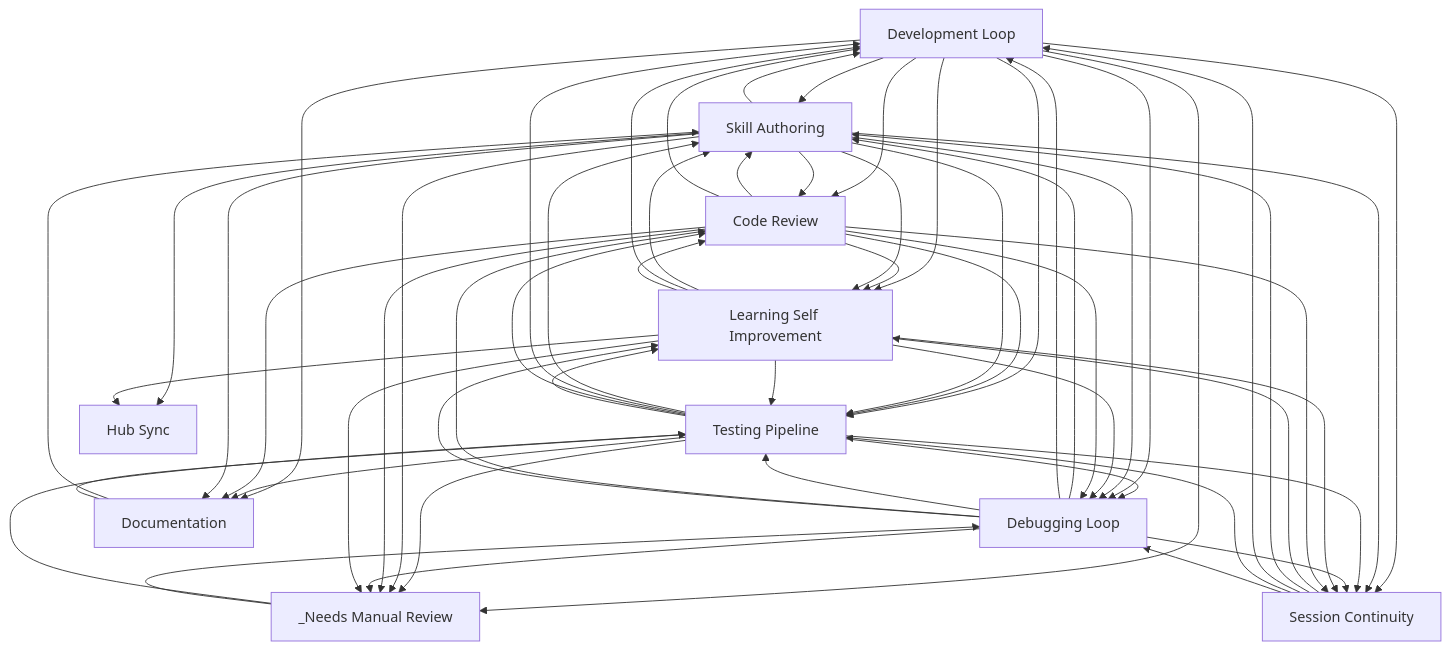
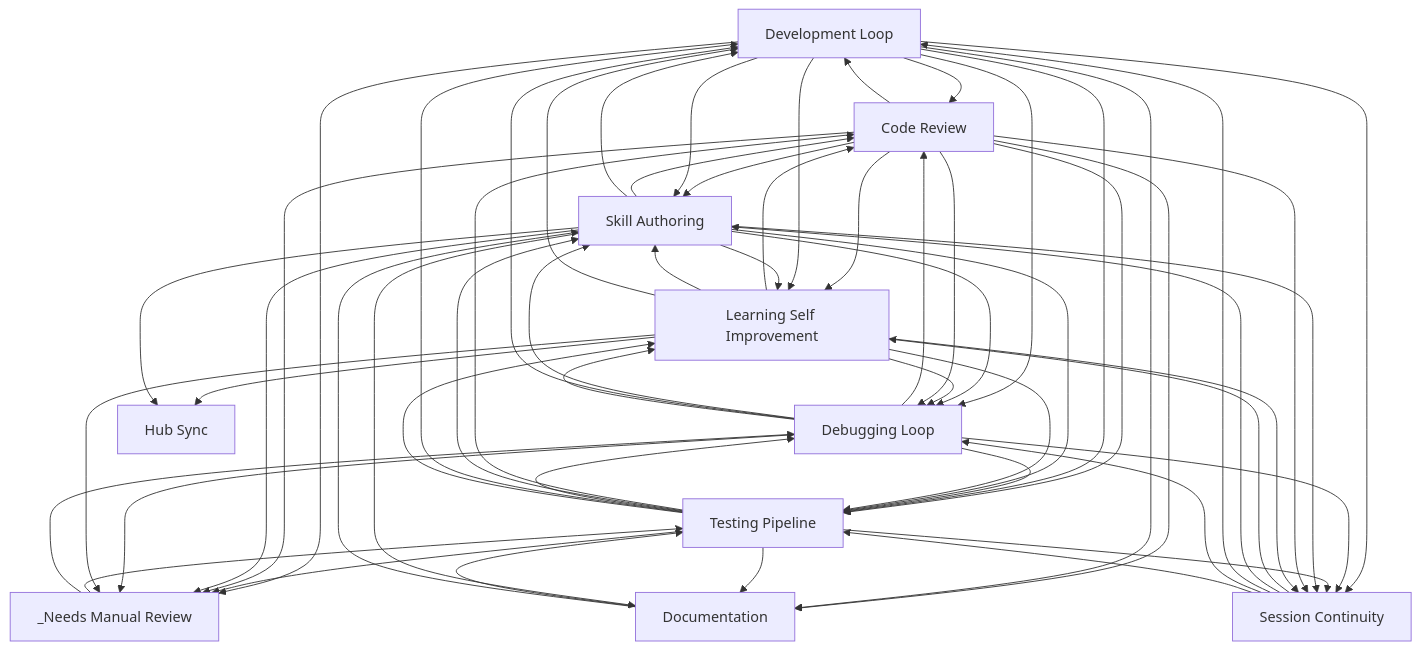
One commit to abhayla/claude-best-practices changed the diagram in docs/workflows/INDEX.md. Above: the diagram before and after it, drawn with Mermaid. The commit also changed other lines of this file and 13 other files, not shown here.

````diff
--- a/docs/workflows/INDEX.md
+++ b/docs/workflows/INDEX.md
@@ -22,70 +22,70 @@
 ```mermaid
 graph TD
     development_loop[Development Loop]
     testing_pipeline[Testing Pipeline]
     debugging_loop[Debugging Loop]
     learning_self_improvement[Learning Self Improvement]
     session_continuity[Session Continuity]
     skill_authoring[Skill Authoring]
     code_review[Code Review]
     documentation[Documentation]
     hub_sync[Hub Sync]
     _needs_manual_review[_Needs Manual Review]
+    documentation --> testing_pipeline
     documentation --> skill_authoring
-    documentation --> testing_pipeline
+    code_review --> development_loop
+    code_review --> skill_authoring
+    development_loop --> code_review
     development_loop --> skill_authoring
-    development_loop --> code_review
-    code_review --> skill_authoring
-    code_review --> development_loop
+    code_review --> learning_self_improvement
+    code_review --> testing_pipeline
     development_loop --> learning_self_improvement
     development_loop --> testing_pipeline
-    code_review --> learning_self_improvement
-    code_review --> testing_pipeline
+    testing_pipeline --> code_review
     testing_pipeline --> skill_authoring
+    testing_pipeline --> debugging_loop
     testing_pipeline --> development_loop
-    testing_pipeline --> code_review
-    testing_pipeline --> debugging_loop
+    debugging_loop --> code_review
     debugging_loop --> skill_authoring
     debugging_loop --> development_loop
     debugging_loop --> testing_pipeline
-    debugging_loop --> code_review
     development_loop --> debugging_loop
+    skill_authoring --> code_review
     skill_authoring --> development_loop
-    skill_authoring --> code_review
     skill_authoring --> learning_self_improvement
     skill_authoring --> testing_pipeline
     development_loop --> _needs_manual_review
     testing_pipeline --> _needs_manual_review
+    code_review --> documentation
     development_loop --> documentation
     testing_pipeline --> documentation
-    code_review --> documentation
+    session_continuity --> learning_self_improvement
     development_loop --> session_continuity
-    session_continuity --> learning_self_improvement
     _needs_manual_review --> testing_pipeline
+    debugging_loop --> session_continuity
+    testing_pipeline --> session_continuity
     skill_authoring --> session_continuity
-    testing_pipeline --> session_continuity
-    debugging_loop --> session_continuity
     skill_authoring --> debugging_loop
     _needs_manual_review --> debugging_loop
+    debugging_loop --> learning_self_improvement
     testing_pipeline --> learning_self_improvement
-    debugging_loop --> learning_self_improvement
+    learning_self_improvement --> code_review
     learning_self_improvement --> skill_authoring
+    learning_self_improvement --> debugging_loop
     learning_self_improvement --> development_loop
     learning_self_improvement --> testing_pipeline
-    learning_self_improvement --> code_review
-    learning_self_improvement --> debugging_loop
     code_review --> debugging_loop
+    code_review --> _needs_manual_review
     skill_authoring --> _needs_manual_review
-    code_review --> _needs_manual_review
     debugging_loop --> _needs_manual_review
+    code_review --> session_continuity
     learning_self_improvement --> session_continuity
-    code_review --> session_continuity
     session_continuity --> skill_authoring
     session_continuity --> development_loop
+    session_continuity --> debugging_loop
     session_continuity --> testing_pipeline
-    session_continuity --> debugging_loop
+    learning_self_improvement --> hub_sync
     skill_authoring --> hub_sync
-    learning_self_improvement --> hub_sync
     learning_self_improvement --> _needs_manual_review
     skill_authoring --> documentation
 ```
````
